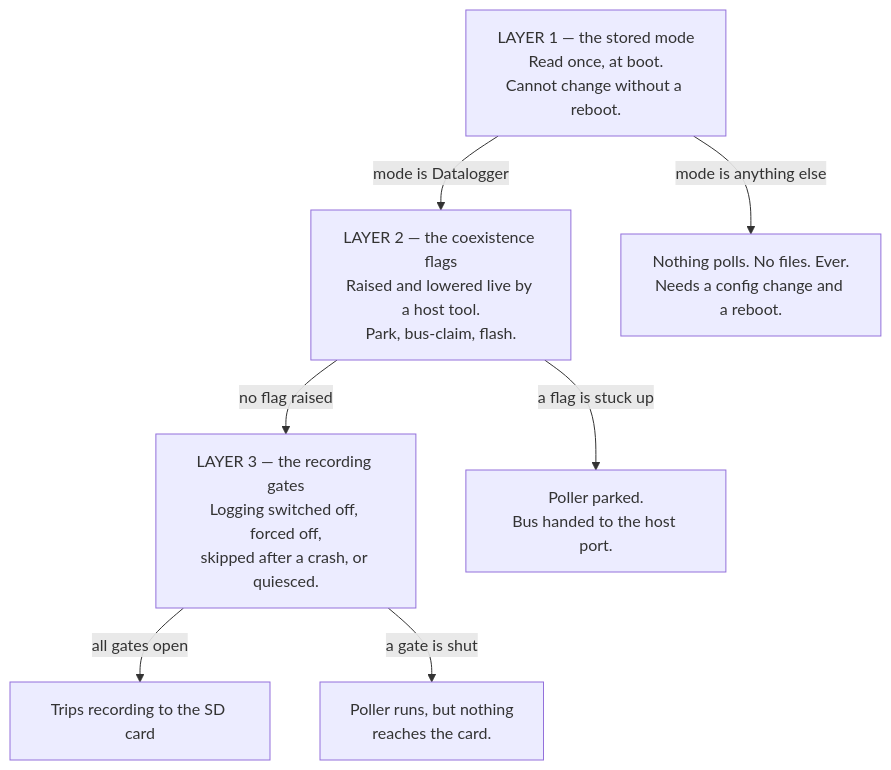
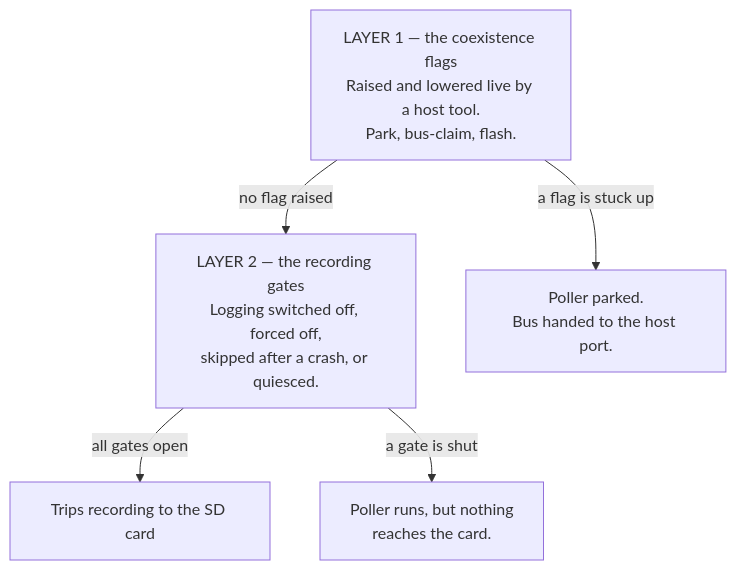
One commit to cdufresne81/nc-flash-wican-fw changed the first of 2 diagrams in docs/internals/returning-to-datalogger.md. Above: the diagram before and after it, drawn with Mermaid. The commit also changed other lines of this file and 3 other files, not shown here.

````diff
--- a/docs/internals/returning-to-datalogger.md
+++ b/docs/internals/returning-to-datalogger.md
@@ -20,14 +45,11 @@
 ```mermaid
 flowchart TD
-    L1["LAYER 1 — the stored mode<br/>Read once, at boot.<br/>Cannot change without a reboot."]
-    L2["LAYER 2 — the coexistence flags<br/>Raised and lowered live by a host tool.<br/>Park, bus-claim, flash."]
-    L3["LAYER 3 — the recording gates<br/>Logging switched off, forced off,<br/>skipped after a crash, or quiesced."]
+    L2["LAYER 1 — the coexistence flags<br/>Raised and lowered live by a host tool.<br/>Park, bus-claim, flash."]
+    L3["LAYER 2 — the recording gates<br/>Logging switched off, forced off,<br/>skipped after a crash, or quiesced."]
     OK["Trips recording to the SD card"]
 
-    L1 -->|"mode is Datalogger"| L2
-    L1 -->|"mode is anything else"| X1["Nothing polls. No files. Ever.<br/>Needs a config change and a reboot."]
     L2 -->|"no flag raised"| L3
     L2 -->|"a flag is stuck up"| X2["Poller parked.<br/>Bus handed to the host port."]
     L3 -->|"all gates open"| OK
     L3 -->|"a gate is shut"| X3["Poller runs, but nothing<br/>reaches the card."]
 ```
````
